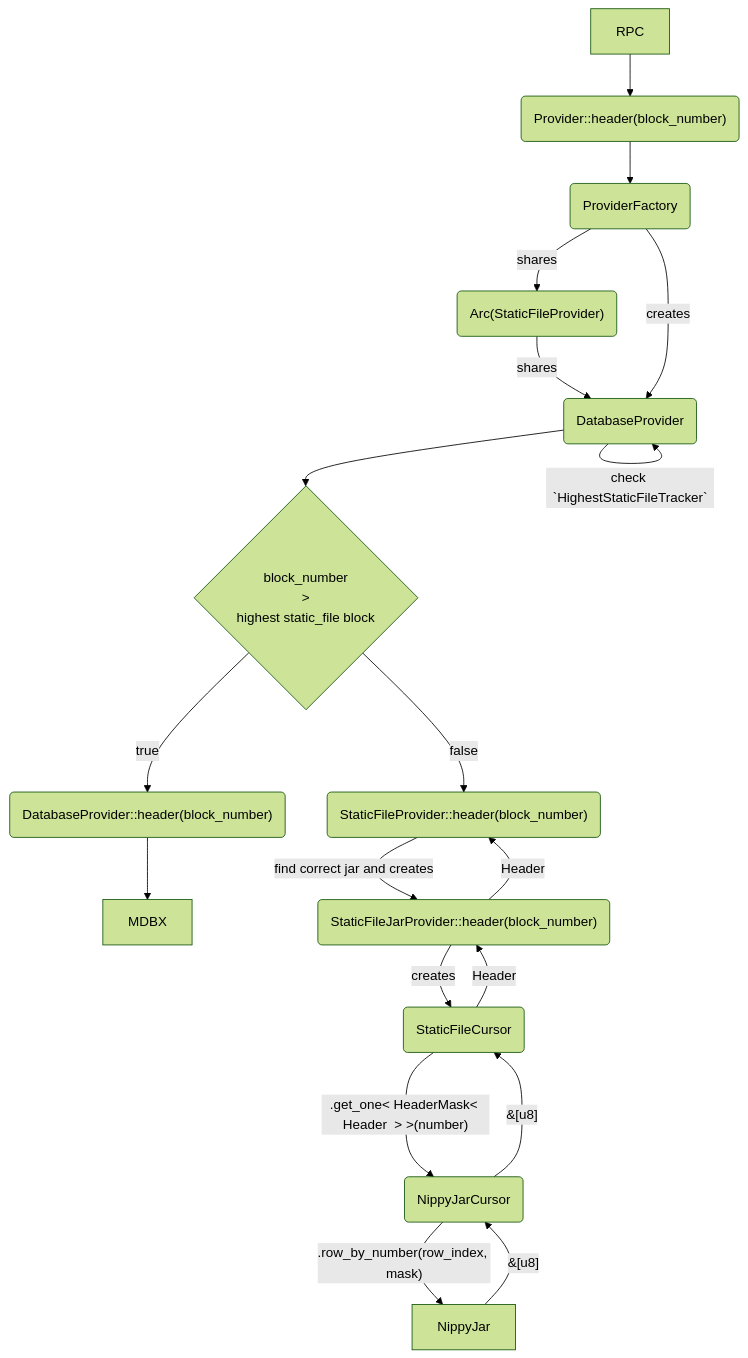
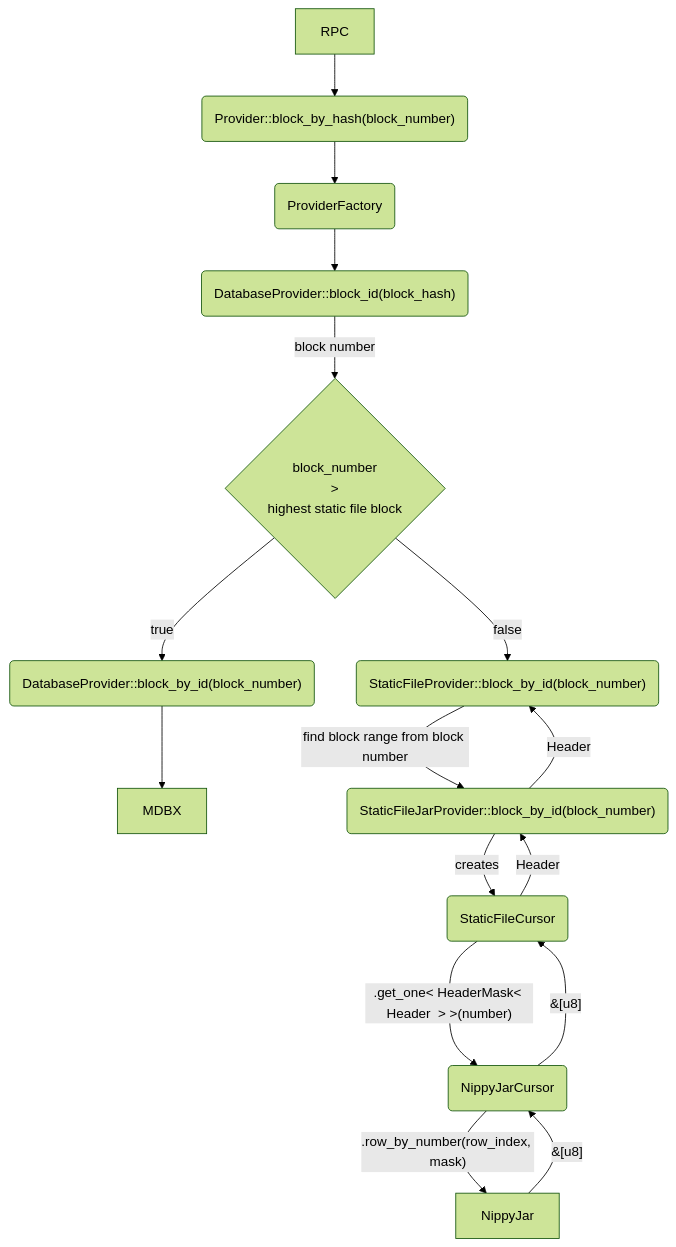
One commit to paradigmxyz/reth changed the second of 4 diagrams in crates/static-file/README.md. Above: the diagram before and after it, drawn with Mermaid (forest theme). The commit also changed other lines of this file and 6 other files, not shown here.

Commit message:
update docs and diagrams

````diff
--- a/crates/static-file/README.md
+++ b/crates/static-file/README.md
@@ -47,21 +39,18 @@
 ```mermaid
 graph TD;
     RPC-->P
-    P("Provider::header(block_number)")-->PF(ProviderFactory)
-    PF--shares-->SP1("Arc(StaticFileProvider)")
-    SP1--shares-->PD(DatabaseProvider)
-    PF--creates-->PD
-    PD--check `HighestStaticFileTracker`-->PD
-    PD-->DC1{block_number <br> > <br> highest static_file block}
-    DC1 --> |true| PD1("DatabaseProvider::header(block_number)")
-    DC1 --> |false| ASP("StaticFileProvider::header(block_number)")
-    PD1 --> MDBX
-    ASP --find correct jar and creates--> JP("StaticFileJarProvider::header(block_number)")
+    P("Provider::block_by_hash(block_number)")-->PF(ProviderFactory)
+    PF --> PD1("DatabaseProvider::block_id(block_hash)")
+    PD1 --block number--> DC1{block_number <br> > <br> highest static file block}
+    DC1 --> |true| PD2("DatabaseProvider::block_by_id(block_number)")
+    DC1 --> |false| SFP("StaticFileProvider::block_by_id(block_number)")
+    PD2 --> MDBX
+    SFP --find block range from block number--> JP("StaticFileJarProvider::block_by_id(block_number)")
     JP --"creates"-->SC(StaticFileCursor)
     SC --".get_one&lt; HeaderMask&lt; Header  &gt; &gt;(number)"--->NJC("NippyJarCursor")
-    NJC--".row_by_number(row_index, mask)"-->NJ[NippyJar]
+  NJC--".row_by_number(row_index, mask)"-->NJ[NippyJar]
     NJ--"&[u8]"-->NJC
     NJC--"&[u8]"-->SC
     SC--"Header"--> JP
-    JP--"Header"--> ASP
+    JP--"Header"--> SFP
 ```
````
